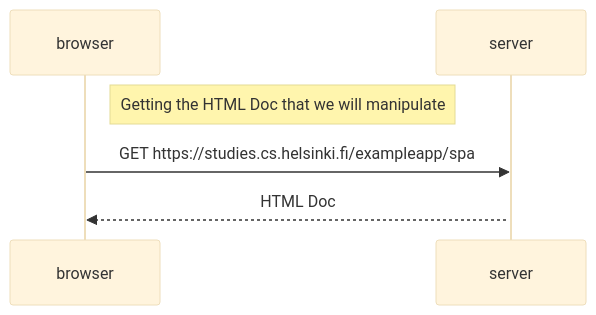
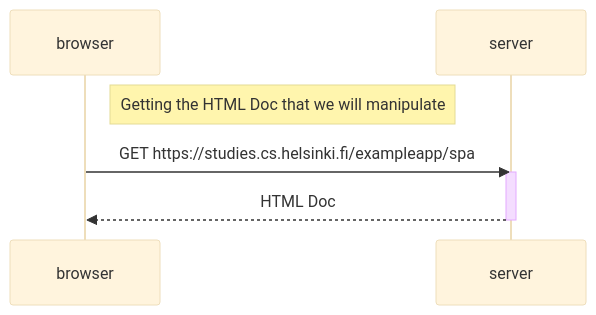
Before and after one commit to gokuman86/fullstackopen: the diagram in part0/0.5.md, drawn with Mermaid (base theme).

````diff
--- a/part0/0.5.md
+++ b/part0/0.5.md
@@ -1,11 +1,12 @@
 ```mermaid
 sequenceDiagram
 
   participant browser
   participant server
 
   Note right of browser: Getting the HTML Doc that we will manipulate
   browser->>server: GET https://studies.cs.helsinki.fi/exampleapp/spa
   activate server
   server-->>browser: HTML Doc
+  deactivate server
 ```
````
